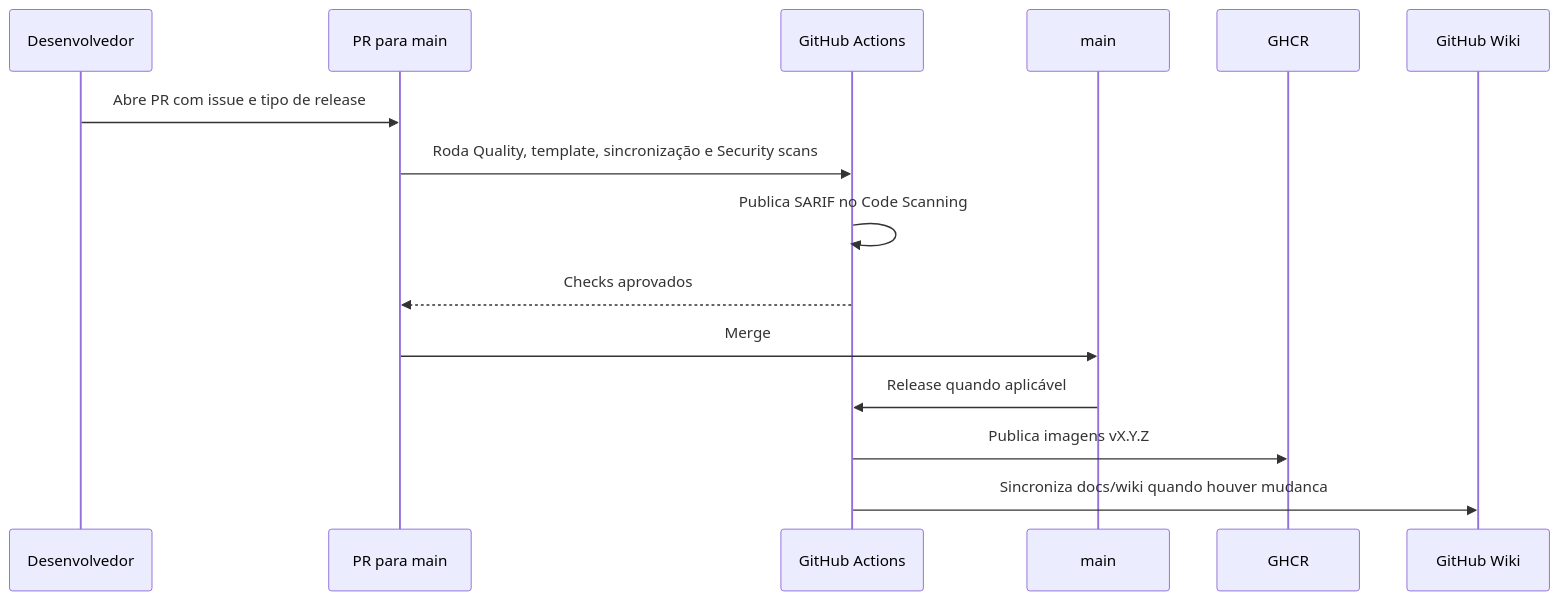
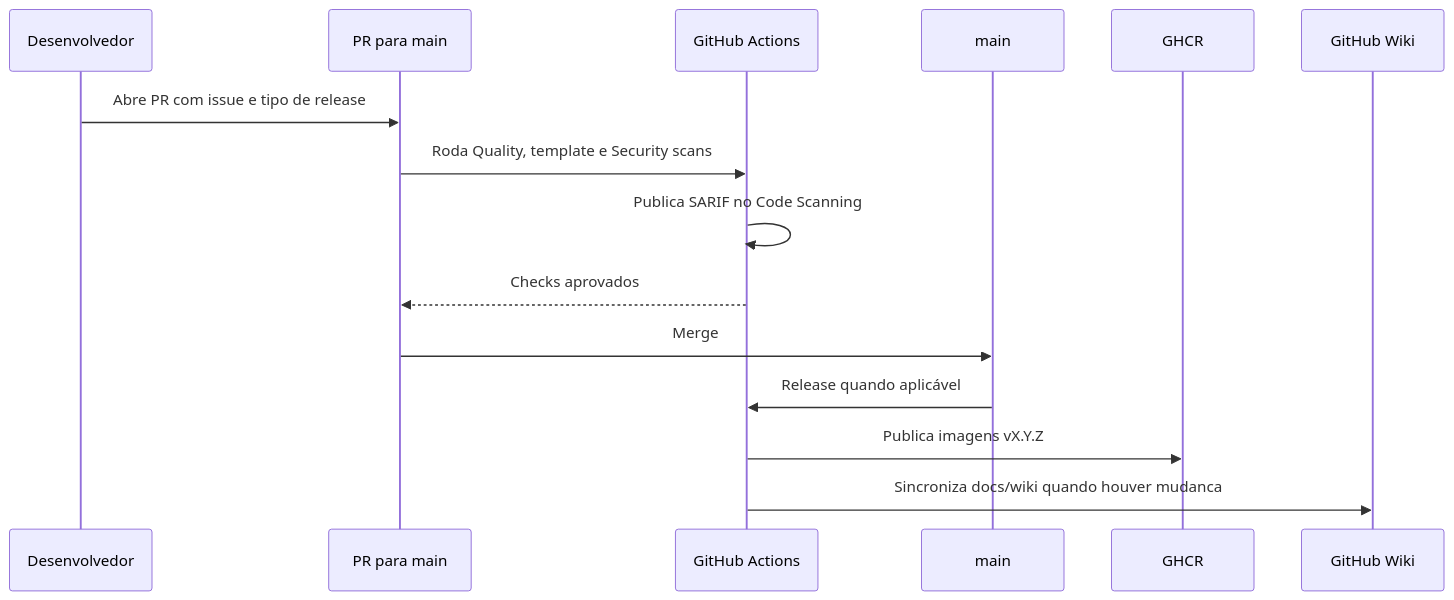
One commit to ifpebj-ti/inventario-patrimonio-cces changed the second of 3 diagrams in docs/wiki/Esteira-de-CI-CD.md. Above: the diagram before and after it, drawn with Mermaid. The commit also changed other lines of this file and 6 other files, not shown here.

````diff
--- a/docs/wiki/Esteira-de-CI-CD.md
+++ b/docs/wiki/Esteira-de-CI-CD.md
@@ -52,18 +49,18 @@
 ```mermaid
 sequenceDiagram
     participant Dev as Desenvolvedor
     participant PR as PR para main
     participant CI as GitHub Actions
     participant Main as main
     participant GHCR as GHCR
     participant Wiki as GitHub Wiki
 
     Dev->>PR: Abre PR com issue e tipo de release
-    PR->>CI: Roda Quality, template, sincronização e Security scans
+    PR->>CI: Roda Quality, template e Security scans
     CI->>CI: Publica SARIF no Code Scanning
     CI-->>PR: Checks aprovados
     PR->>Main: Merge
     Main->>CI: Release quando aplicável
     CI->>GHCR: Publica imagens vX.Y.Z
     CI->>Wiki: Sincroniza docs/wiki quando houver mudanca
 ```
````
